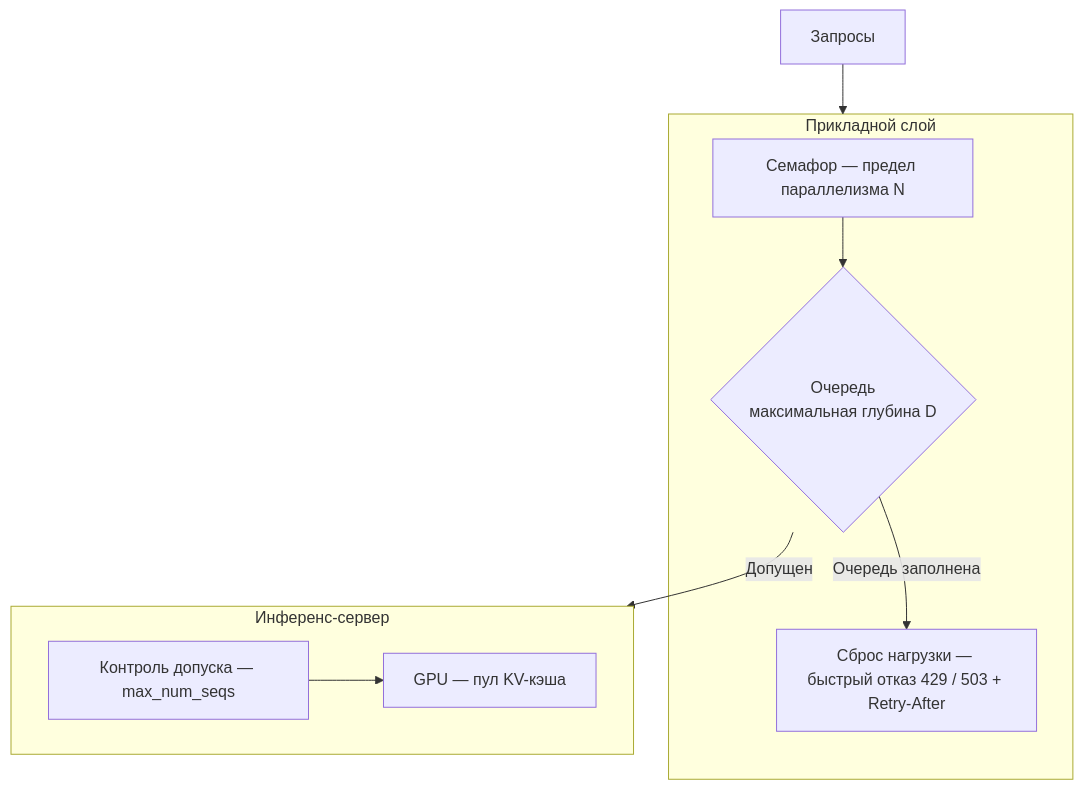
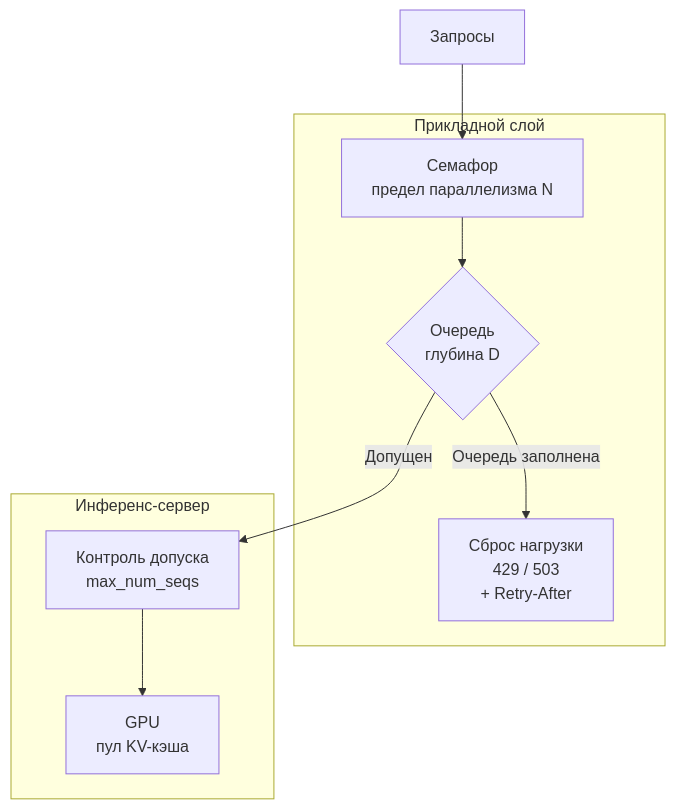
One commit to NikolaiSachok/ai-engineering-handbook changed the first of 2 diagrams in i18n/ru/docusaurus-plugin-content-docs/current/part-3-production/serving/deep-dive.md. Above: the diagram before and after it, drawn with Mermaid. The commit also changed other lines of this file and 75 other files, not shown here.

First line of the commit message:
fix(diagrams): re-author wide diagrams, and measure the three locales the gate never saw (#441)

````diff
--- a/i18n/ru/docusaurus-plugin-content-docs/current/part-3-production/serving/deep-dive.md
+++ b/i18n/ru/docusaurus-plugin-content-docs/current/part-3-production/serving/deep-dive.md
@@ -78,12 +78,12 @@
 ```mermaid
 flowchart TB
-    R["Запросы"] --> APP
+    R["Запросы"] --> SEM
     subgraph APP["Прикладной слой"]
-        SEM["Семафор — предел параллелизма N"] --> Q{"Очередь<br/>максимальная глубина D"}
-        Q -->|"Очередь заполнена"| Shed["Сброс нагрузки — быстрый отказ 429 / 503 + Retry-After"]
+        SEM["Семафор<br/>предел параллелизма N"] --> Q{"Очередь<br/>глубина D"}
+        Q -->|"Очередь заполнена"| Shed["Сброс нагрузки<br/>429 / 503<br/>+ Retry-After"]
     end
-    Q -->|"Допущен"| INF
+    Q -->|"Допущен"| ISS
     subgraph INF["Инференс-сервер"]
-        ISS["Контроль допуска — max_num_seqs"] --> GPU["GPU — пул KV-кэша"]
+        ISS["Контроль допуска<br/>max_num_seqs"] --> GPU["GPU<br/>пул KV-кэша"]
     end
 ```
````
